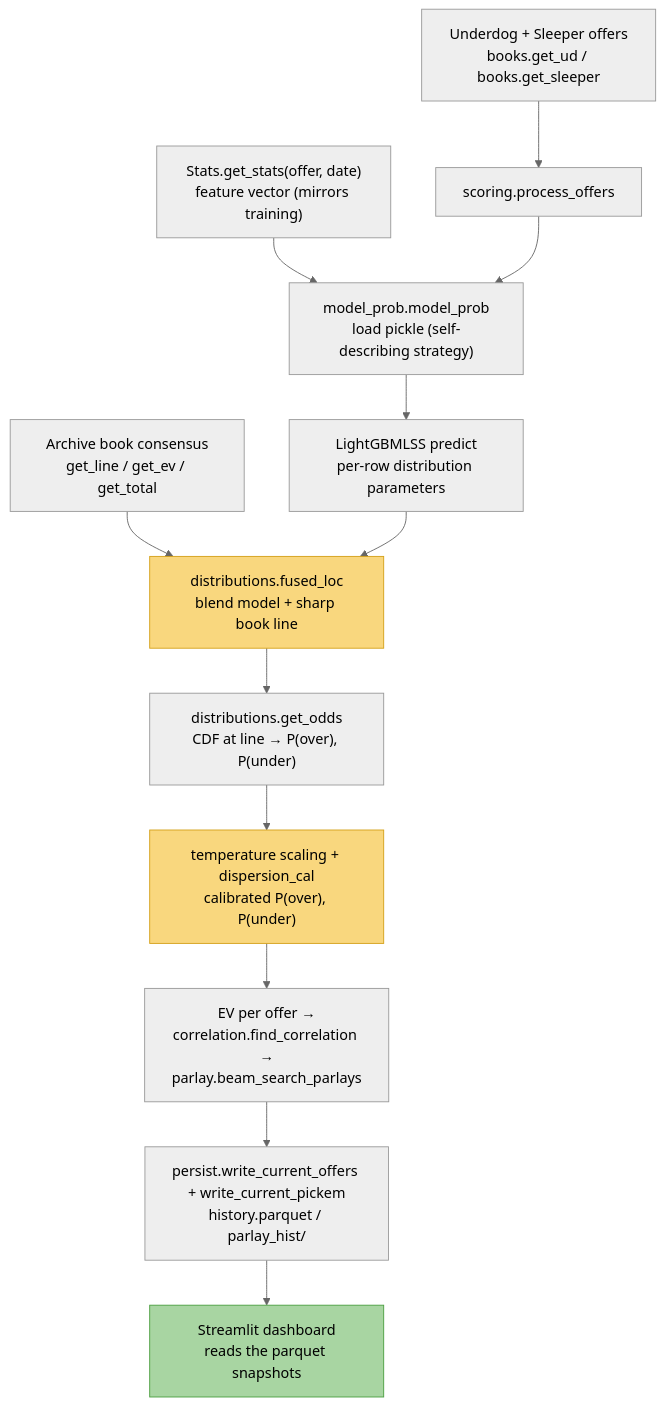
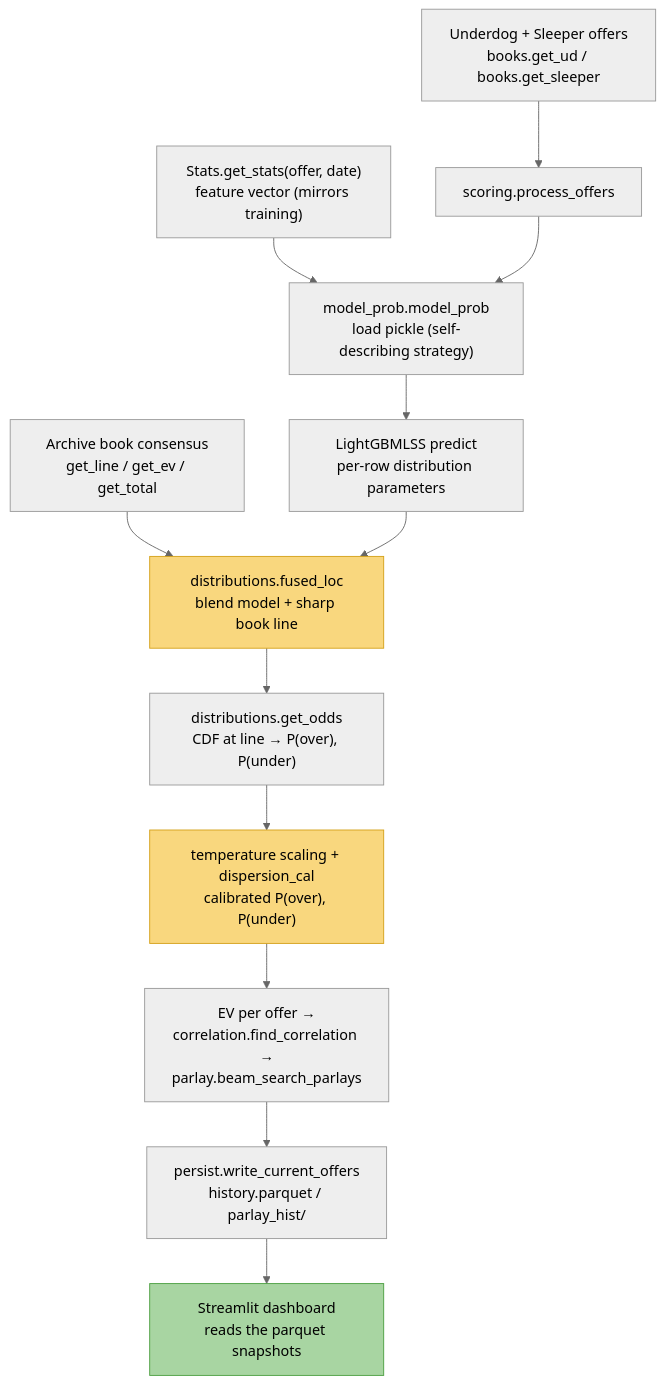
Before and after one commit to tjjerome/Sportstradamus: the second of 2 diagrams in docs/pipeline_diagrams.md, drawn with Mermaid (neutral theme). The commit also changed 6 other files, not shown here.

````diff
--- a/docs/pipeline_diagrams.md
+++ b/docs/pipeline_diagrams.md
@@ -31,18 +31,18 @@
 ```mermaid
 flowchart TD
     A["Underdog + Sleeper offers<br/>books.get_ud / books.get_sleeper"] --> B["scoring.process_offers"]
     S["Stats.get_stats(offer, date)<br/>feature vector (mirrors training)"] --> C
     B --> C["model_prob.model_prob<br/>load pickle (self-describing strategy)"]
     C --> D["LightGBMLSS predict<br/>per-row distribution parameters"]
     AR["Archive book consensus<br/>get_line / get_ev / get_total"] --> E
     D --> E["distributions.fused_loc<br/>blend model + sharp book line"]
     E --> F["distributions.get_odds<br/>CDF at line → P(over), P(under)"]
     F --> G["temperature scaling + dispersion_cal<br/>calibrated P(over), P(under)"]
     G --> H["EV per offer →<br/>correlation.find_correlation →<br/>parlay.beam_search_parlays"]
-    H --> I["persist.write_current_offers + write_current_pickem<br/>history.parquet / parlay_hist/"]
+    H --> I["persist.write_current_offers<br/>history.parquet / parlay_hist/"]
     I --> J["Streamlit dashboard<br/>reads the parquet snapshots"]
 
     style E fill:#f9d77e,stroke:#d4a017
     style G fill:#f9d77e,stroke:#d4a017
     style J fill:#a8d5a2,stroke:#4a9e3f
 ```
````
